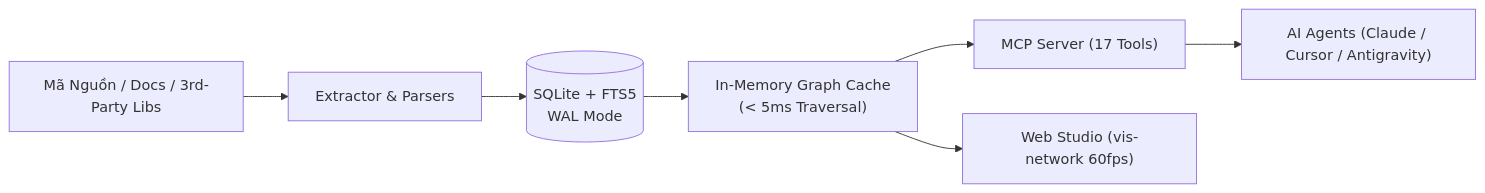
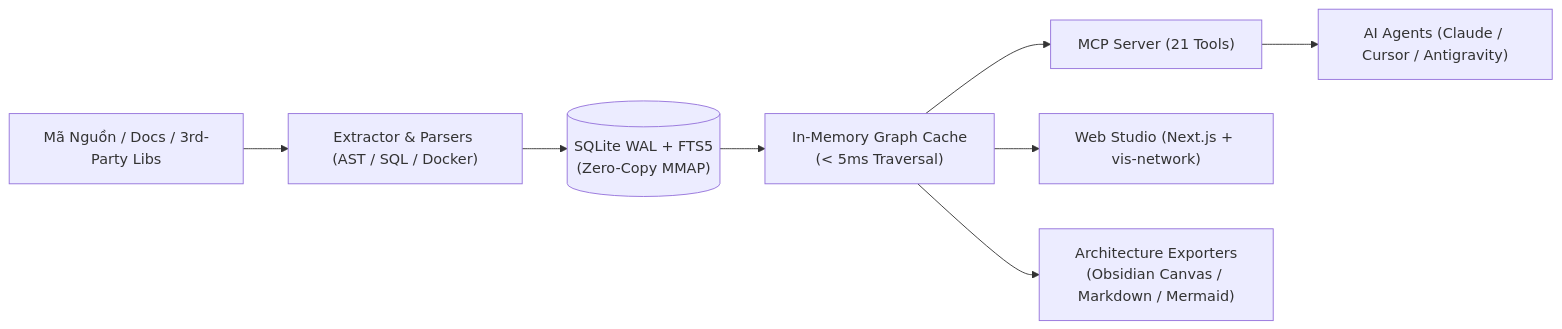
One commit to phuongvudev/knowledge_base changed the diagram in README.md. Above: the diagram before and after it, drawn with Mermaid. The commit also changed other lines of this file, not shown here.

Commit message:
docs: streamline README with 3-minute quickstart, 21 MCP tools cheat sheet, and updated architecture guide

````diff
--- a/README.md
+++ b/README.md
@@ -37,9 +54,10 @@
 ```mermaid
 flowchart LR
-    A["Mã Nguồn / Docs / 3rd-Party Libs"] --> B["Extractor & Parsers"]
-    B --> C[("SQLite + FTS5\nWAL Mode")]
+    A["Mã Nguồn / Docs / 3rd-Party Libs"] --> B["Extractor & Parsers (AST / SQL / Docker)"]
+    B --> C[("SQLite WAL + FTS5\n(Zero-Copy MMAP)")]
     C --> D["In-Memory Graph Cache\n(< 5ms Traversal)"]
-    D --> E["MCP Server (17 Tools)"]
-    D --> F["Web Studio (vis-network 60fps)"]
-    E --> G["AI Agents (Claude / Cursor / Antigravity)"]
+    D --> E["MCP Server (21 Tools)"]
+    D --> F["Web Studio (Next.js + vis-network)"]
+    D --> G["Architecture Exporters\n(Obsidian Canvas / Markdown / Mermaid)"]
+    E --> H["AI Agents (Claude / Cursor / Antigravity)"]
 ```
````
